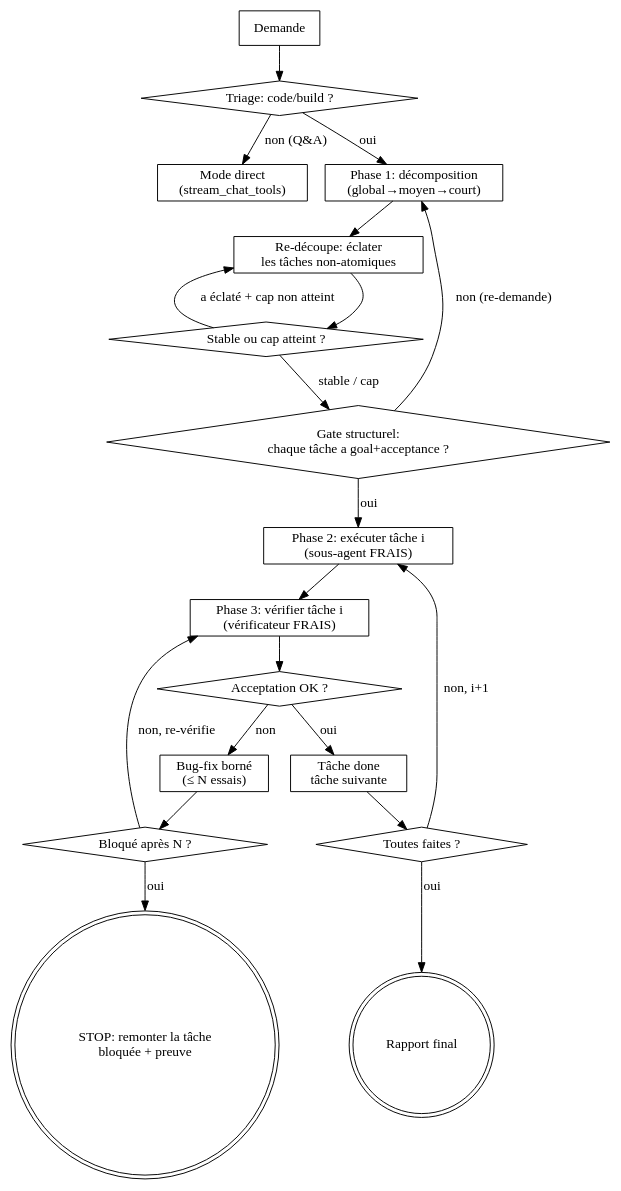
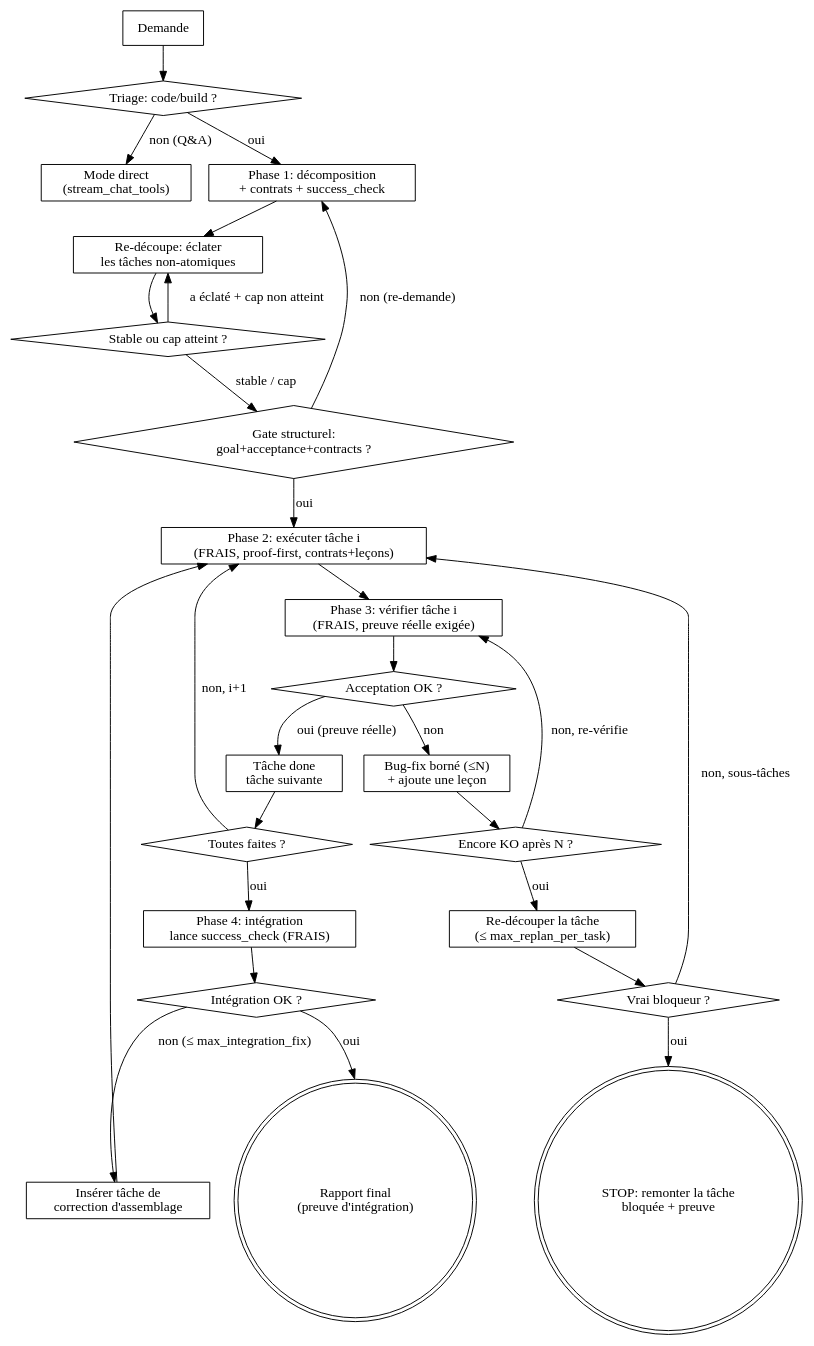
The diagram in docs/superpowers/specs/2026-06-07-harnais-reflexion-design.md (Tough-Respawn/loom), drawn with Graphviz before and after one commit. The commit also changed other lines of this file, not shown here.

````diff
--- a/docs/superpowers/specs/2026-06-07-harnais-reflexion-design.md
+++ b/docs/superpowers/specs/2026-06-07-harnais-reflexion-design.md
@@ -85,40 +100,52 @@
 ```dot
 digraph reflect {
   "Demande" [shape=box];
   "Triage: code/build ?" [shape=diamond];
   "Mode direct\n(stream_chat_tools)" [shape=box];
-  "Phase 1: décomposition\n(global→moyen→court)" [shape=box];
+  "Phase 1: décomposition\n+ contrats + success_check" [shape=box];
   "Re-découpe: éclater\nles tâches non-atomiques" [shape=box];
   "Stable ou cap atteint ?" [shape=diamond];
-  "Gate structurel:\nchaque tâche a goal+acceptance ?" [shape=diamond];
-  "Phase 2: exécuter tâche i\n(sous-agent FRAIS)" [shape=box];
-  "Phase 3: vérifier tâche i\n(vérificateur FRAIS)" [shape=box];
+  "Gate structurel:\ngoal+acceptance+contracts ?" [shape=diamond];
+  "Phase 2: exécuter tâche i\n(FRAIS, proof-first, contrats+leçons)" [shape=box];
+  "Phase 3: vérifier tâche i\n(FRAIS, preuve réelle exigée)" [shape=box];
   "Acceptation OK ?" [shape=diamond];
-  "Bug-fix borné\n(≤ N essais)" [shape=box];
-  "Bloqué après N ?" [shape=diamond];
+  "Bug-fix borné (≤N)\n+ ajoute une leçon" [shape=box];
+  "Encore KO après N ?" [shape=diamond];
+  "Re-découper la tâche\n(≤ max_replan_per_task)" [shape=box];
+  "Vrai bloqueur ?" [shape=diamond];
   "Tâche done\ntâche suivante" [shape=box];
   "Toutes faites ?" [shape=diamond];
-  "Rapport final" [shape=doublecircle];
+  "Phase 4: intégration\nlance success_check (FRAIS)" [shape=box];
+  "Intégration OK ?" [shape=diamond];
+  "Insérer tâche de\ncorrection d'assemblage" [shape=box];
+  "Rapport final\n(preuve d'intégration)" [shape=doublecircle];
   "STOP: remonter la tâche\nbloquée + preuve" [shape=doublecircle];
 
   "Demande" -> "Triage: code/build ?";
   "Triage: code/build ?" -> "Mode direct\n(stream_chat_tools)" [label="non (Q&A)"];
-  "Triage: code/build ?" -> "Phase 1: décomposition\n(global→moyen→court)" [label="oui"];
-  "Phase 1: décomposition\n(global→moyen→court)" -> "Re-découpe: éclater\nles tâches non-atomiques";
+  "Triage: code/build ?" -> "Phase 1: décomposition\n+ contrats + success_check" [label="oui"];
+  "Phase 1: décomposition\n+ contrats + success_check" -> "Re-découpe: éclater\nles tâches non-atomiques";
   "Re-découpe: éclater\nles tâches non-atomiques" -> "Stable ou cap atteint ?";
   "Stable ou cap atteint ?" -> "Re-découpe: éclater\nles tâches non-atomiques" [label="a éclaté + cap non atteint"];
-  "Stable ou cap atteint ?" -> "Gate structurel:\nchaque tâche a goal+acceptance ?" [label="stable / cap"];
-  "Gate structurel:\nchaque tâche a goal+acceptance ?" -> "Phase 1: décomposition\n(global→moyen→court)" [label="non (re-demande)"];
-  "Gate structurel:\nchaque tâche a goal+acceptance ?" -> "Phase 2: exécuter tâche i\n(sous-agent FRAIS)" [label="oui"];
-  "Phase 2: exécuter tâche i\n(sous-agent FRAIS)" -> "Phase 3: vérifier tâche i\n(vérificateur FRAIS)";
-  "Phase 3: vérifier tâche i\n(vérificateur FRAIS)" -> "Acceptation OK ?";
-  "Acceptation OK ?" -> "Tâche done\ntâche suivante" [label="oui"];
-  "Acceptation OK ?" -> "Bug-fix borné\n(≤ N essais)" [label="non"];
-  "Bug-fix borné\n(≤ N essais)" -> "Bloqué après N ?";
-  "Bloqué après N ?" -> "Phase 3: vérifier tâche i\n(vérificateur FRAIS)" [label="non, re-vérifie"];
-  "Bloqué après N ?" -> "STOP: remonter la tâche\nbloquée + preuve" [label="oui"];
+  "Stable ou cap atteint ?" -> "Gate structurel:\ngoal+acceptance+contracts ?" [label="stable / cap"];
+  "Gate structurel:\ngoal+acceptance+contracts ?" -> "Phase 1: décomposition\n+ contrats + success_check" [label="non (re-demande)"];
+  "Gate structurel:\ngoal+acceptance+contracts ?" -> "Phase 2: exécuter tâche i\n(FRAIS, proof-first, contrats+leçons)" [label="oui"];
+  "Phase 2: exécuter tâche i\n(FRAIS, proof-first, contrats+leçons)" -> "Phase 3: vérifier tâche i\n(FRAIS, preuve réelle exigée)";
+  "Phase 3: vérifier tâche i\n(FRAIS, preuve réelle exigée)" -> "Acceptation OK ?";
+  "Acceptation OK ?" -> "Tâche done\ntâche suivante" [label="oui (preuve réelle)"];
+  "Acceptation OK ?" -> "Bug-fix borné (≤N)\n+ ajoute une leçon" [label="non"];
+  "Bug-fix borné (≤N)\n+ ajoute une leçon" -> "Encore KO après N ?";
+  "Encore KO après N ?" -> "Phase 3: vérifier tâche i\n(FRAIS, preuve réelle exigée)" [label="non, re-vérifie"];
+  "Encore KO après N ?" -> "Re-découper la tâche\n(≤ max_replan_per_task)" [label="oui"];
+  "Re-découper la tâche\n(≤ max_replan_per_task)" -> "Vrai bloqueur ?";
+  "Vrai bloqueur ?" -> "Phase 2: exécuter tâche i\n(FRAIS, proof-first, contrats+leçons)" [label="non, sous-tâches"];
+  "Vrai bloqueur ?" -> "STOP: remonter la tâche\nbloquée + preuve" [label="oui"];
   "Tâche done\ntâche suivante" -> "Toutes faites ?";
-  "Toutes faites ?" -> "Phase 2: exécuter tâche i\n(sous-agent FRAIS)" [label="non, i+1"];
-  "Toutes faites ?" -> "Rapport final" [label="oui"];
+  "Toutes faites ?" -> "Phase 2: exécuter tâche i\n(FRAIS, proof-first, contrats+leçons)" [label="non, i+1"];
+  "Toutes faites ?" -> "Phase 4: intégration\nlance success_check (FRAIS)" [label="oui"];
+  "Phase 4: intégration\nlance success_check (FRAIS)" -> "Intégration OK ?";
+  "Intégration OK ?" -> "Rapport final\n(preuve d'intégration)" [label="oui"];
+  "Intégration OK ?" -> "Insérer tâche de\ncorrection d'assemblage" [label="non (≤ max_integration_fix)"];
+  "Insérer tâche de\ncorrection d'assemblage" -> "Phase 2: exécuter tâche i\n(FRAIS, proof-first, contrats+leçons)";
 }
 ```
````
